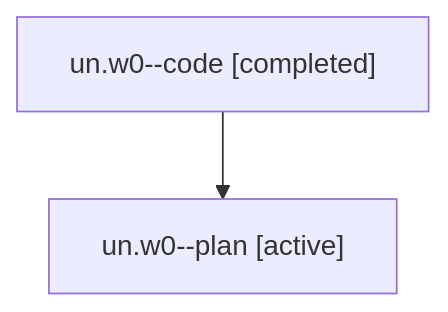
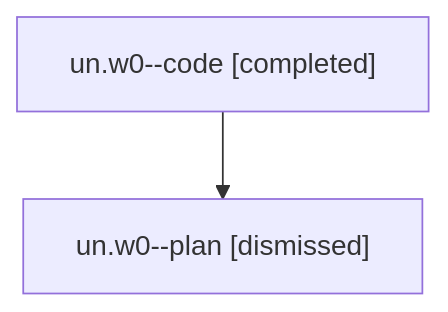
Before and after one commit to sase-org/sase--agents: the diagram in sessions/bbugyi200.athena.un.w0.md, drawn with Mermaid. The commit also changed other lines of this file and 22 other files, not shown here.

````diff
--- a/sessions/bbugyi200.athena.un.w0.md
+++ b/sessions/bbugyi200.athena.un.w0.md
@@ -9,6 +9,6 @@
 ```mermaid
 flowchart TD
   n0["un.w0--code [completed]"]
-  n1["un.w0--plan [active]"]
+  n1["un.w0--plan [dismissed]"]
   n0 --> n1
 ```
````
